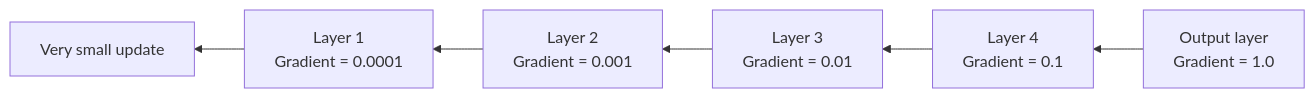
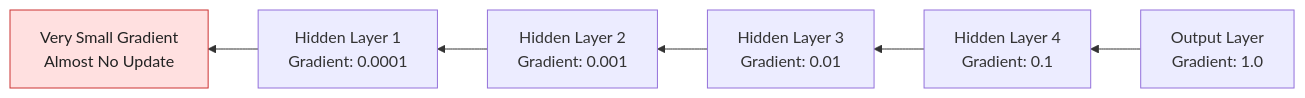
Before and after one commit to swapnil3104/deep-learning-journey: the third of 10 diagrams in 07_Vanishing Gradient Problem in ANN/README.md, drawn with Mermaid. The commit also changed other lines of this file and 1 other file, not shown here.

Commit message:
Update 07_Vanishing Gradient Problem in ANN/README.md

````diff
--- a/07_Vanishing Gradient Problem in ANN/README.md
+++ b/07_Vanishing Gradient Problem in ANN/README.md
@@ -287,8 +212,9 @@
 ``` mermaid
 flowchart RL
-    A[Output layer<br/>Gradient = 1.0] --> B[Layer 4<br/>Gradient = 0.1]
-    B --> C[Layer 3<br/>Gradient = 0.01]
-    C --> D[Layer 2<br/>Gradient = 0.001]
-    D --> E[Layer 1<br/>Gradient = 0.0001]
-    E --> F[Very small update]
+    A["Output Layer<br/>Gradient: 1.0"] --> B["Hidden Layer 4<br/>Gradient: 0.1"]
+    B --> C["Hidden Layer 3<br/>Gradient: 0.01"]
+    C --> D["Hidden Layer 2<br/>Gradient: 0.001"]
+    D --> E["Hidden Layer 1<br/>Gradient: 0.0001"]
+    E --> F["Very Small Gradient<br/>Almost No Update"]
+    style F fill:#ffe0e0,stroke:#cc3333,color:#222
 ```
````
